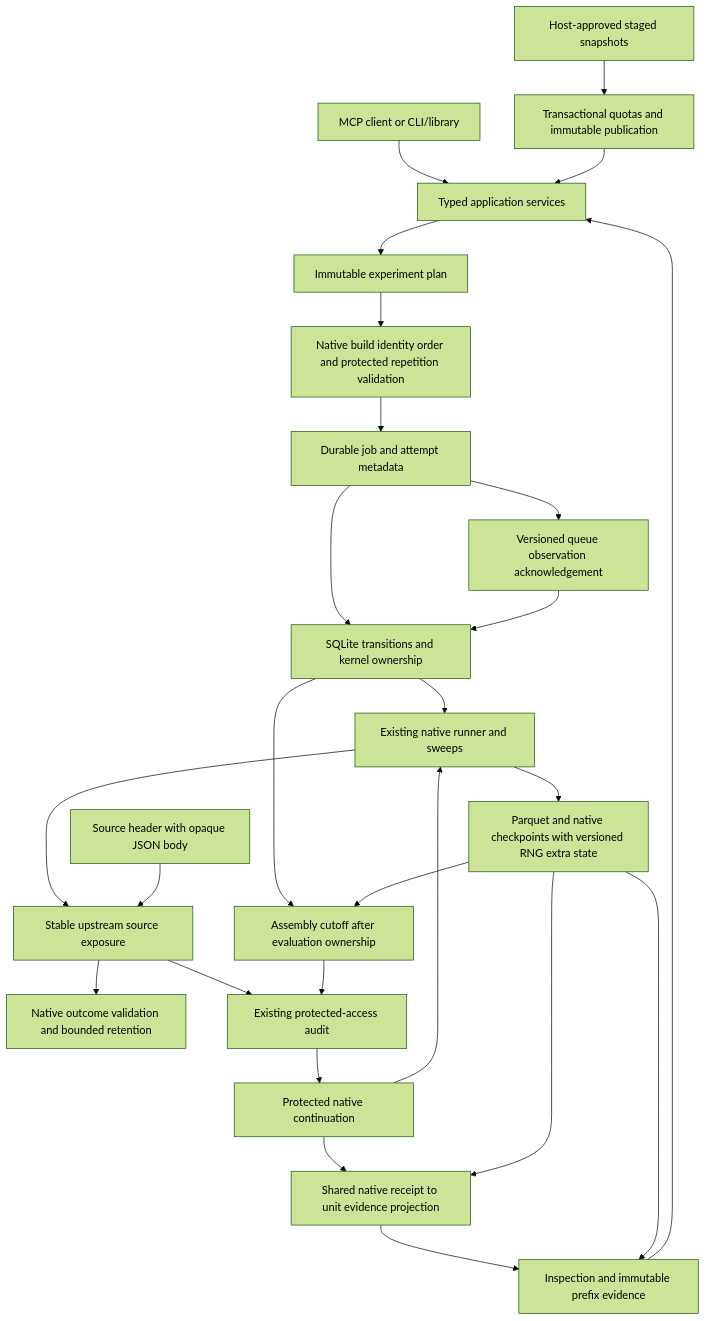
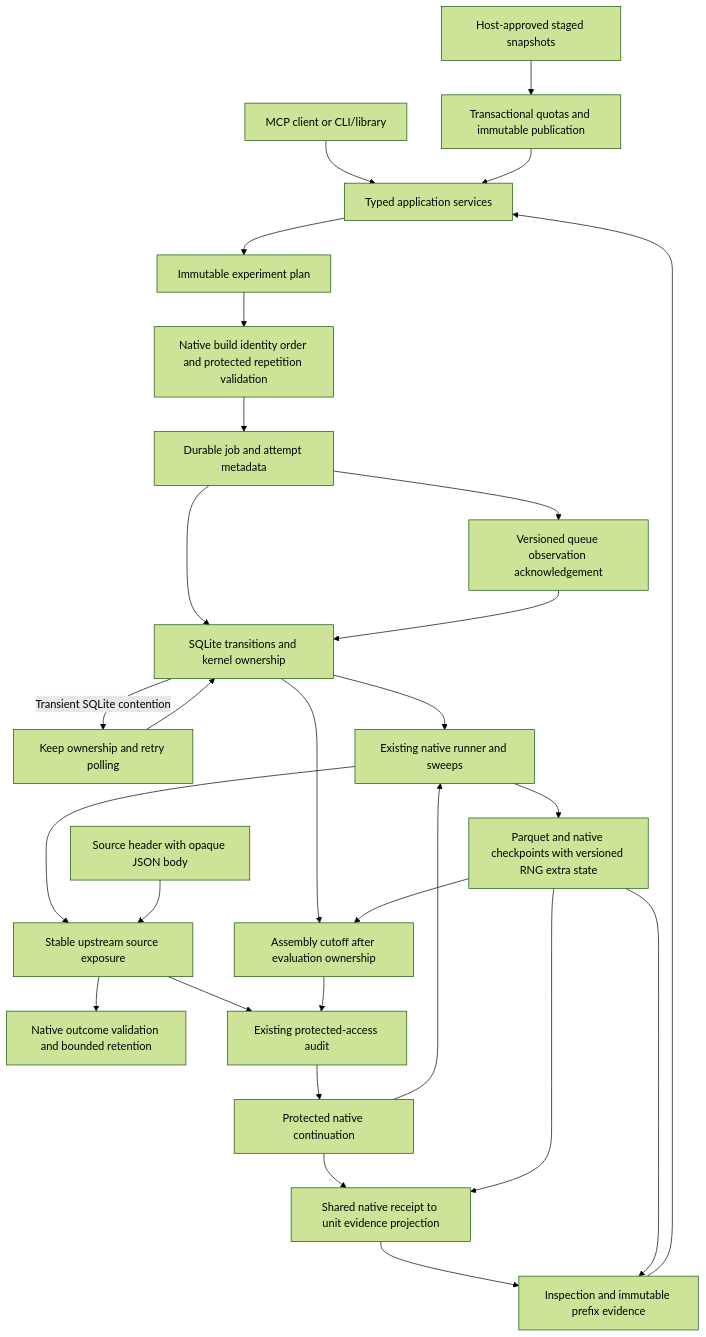
The first of 2 diagrams in docs/workflow-contracts.md (jacksonpradolima/coleman4hcs), drawn with Mermaid (forest theme) before and after one commit. The commit also changed other lines of this file and 4 other files, not shown here.

Commit message:
fix: preserve workflow supervision during SQLite contention

````diff
--- a/docs/workflow-contracts.md
+++ b/docs/workflow-contracts.md
@@ -85,28 +88,30 @@
 ```mermaid
 flowchart TD
     Client[MCP client or CLI/library] --> App[Typed application services]
     Registry[Host-approved staged snapshots] --> Admission[Transactional quotas and immutable publication]
     Admission --> App
     App --> Plan[Immutable experiment plan]
     Plan --> Preflight[Native build identity order and protected repetition validation]
     Preflight --> Jobs[Durable job and attempt metadata]
     Jobs --> Ownership[SQLite transitions and kernel ownership]
     Jobs --> Ack[Versioned queue observation acknowledgement]
     Ack --> Ownership
+    Ownership -->|Transient SQLite contention| Retry[Keep ownership and retry polling]
+    Retry --> Ownership
     Ownership --> Runner[Existing native runner and sweeps]
     Runner --> Store[Parquet and native checkpoints with versioned RNG extra state]
     Runner --> Exposure[Stable upstream source exposure]
     Import[Source header with opaque JSON body] --> Exposure
     Exposure --> Decode[Native outcome validation and bounded retention]
     Exposure --> Audit[Existing protected-access audit]
     Ownership --> Window[Assembly cutoff after evaluation ownership]
     Store --> Window
     Window --> Audit
     Audit --> Continuation[Protected native continuation]
     Continuation --> Runner
     Continuation --> Projection[Shared native receipt to unit evidence projection]
     Store --> Projection
     Projection --> Evidence
     Store --> Evidence[Inspection and immutable prefix evidence]
     Evidence --> App
 ```
````
